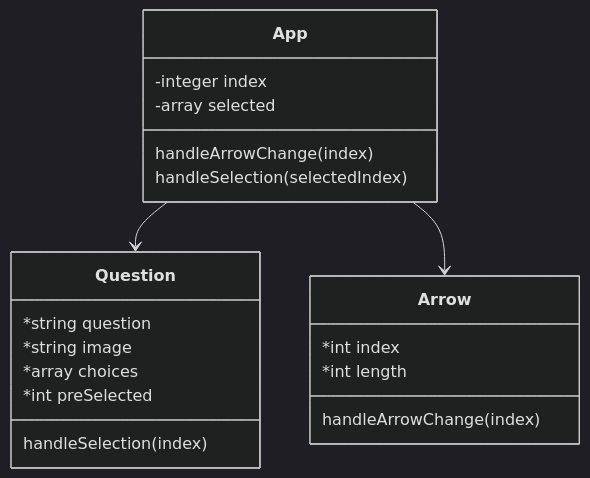
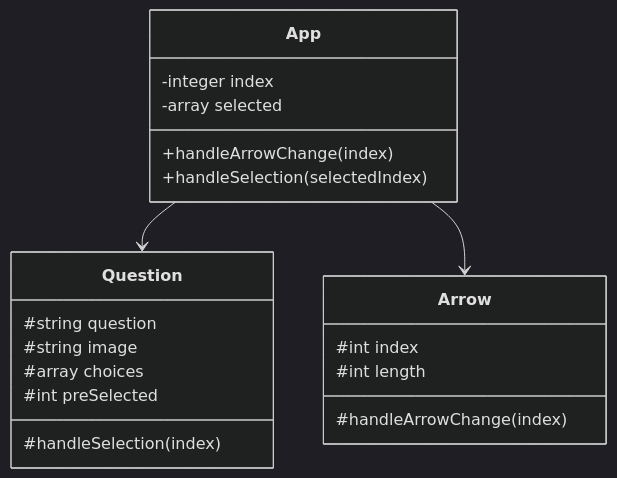
The diagram in README.md (vijaygenius123/react_questions), drawn with Mermaid (dark theme) before and after one commit.

Commit message:
Tried Protected

````diff
--- a/README.md
+++ b/README.md
@@ -6,28 +6,28 @@
 ```mermaid
 classDiagram
 
 App -->Question
 App -->Arrow
 
 class App{
     -integer index
     -array selected
-    handleArrowChange(index)
-    handleSelection(selectedIndex)
+    +handleArrowChange(index)
+    +handleSelection(selectedIndex)
 }
 
 class Question{
-    *string question
-    *string image
-    *array choices
-    *int preSelected
-    handleSelection(index)
+    #string question
+    #string image
+    #array choices
+    #int preSelected
+    #handleSelection(index)
 }
 
 class Arrow{
-    *int index
-    *int length
-    handleArrowChange(index)
+    #int index
+    #int length
+    #handleArrowChange(index)
 }
 
 ```
````
